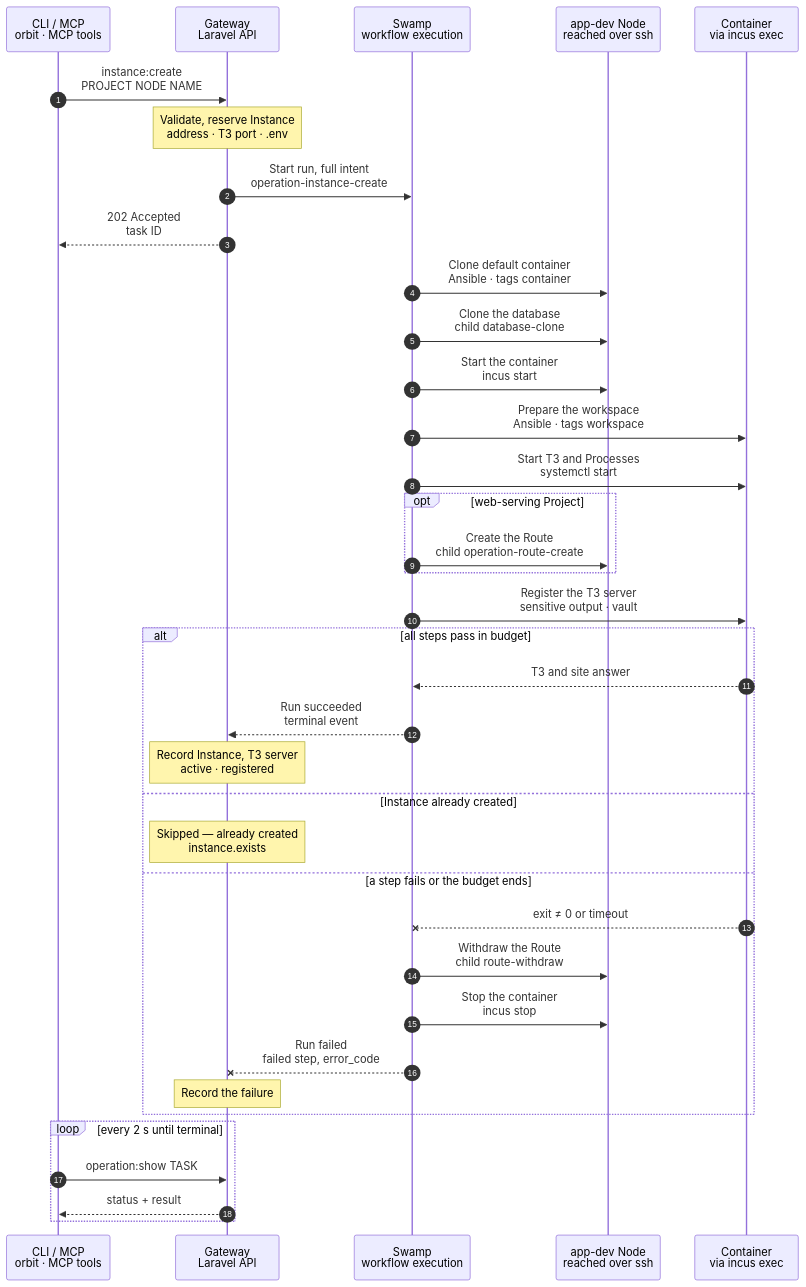
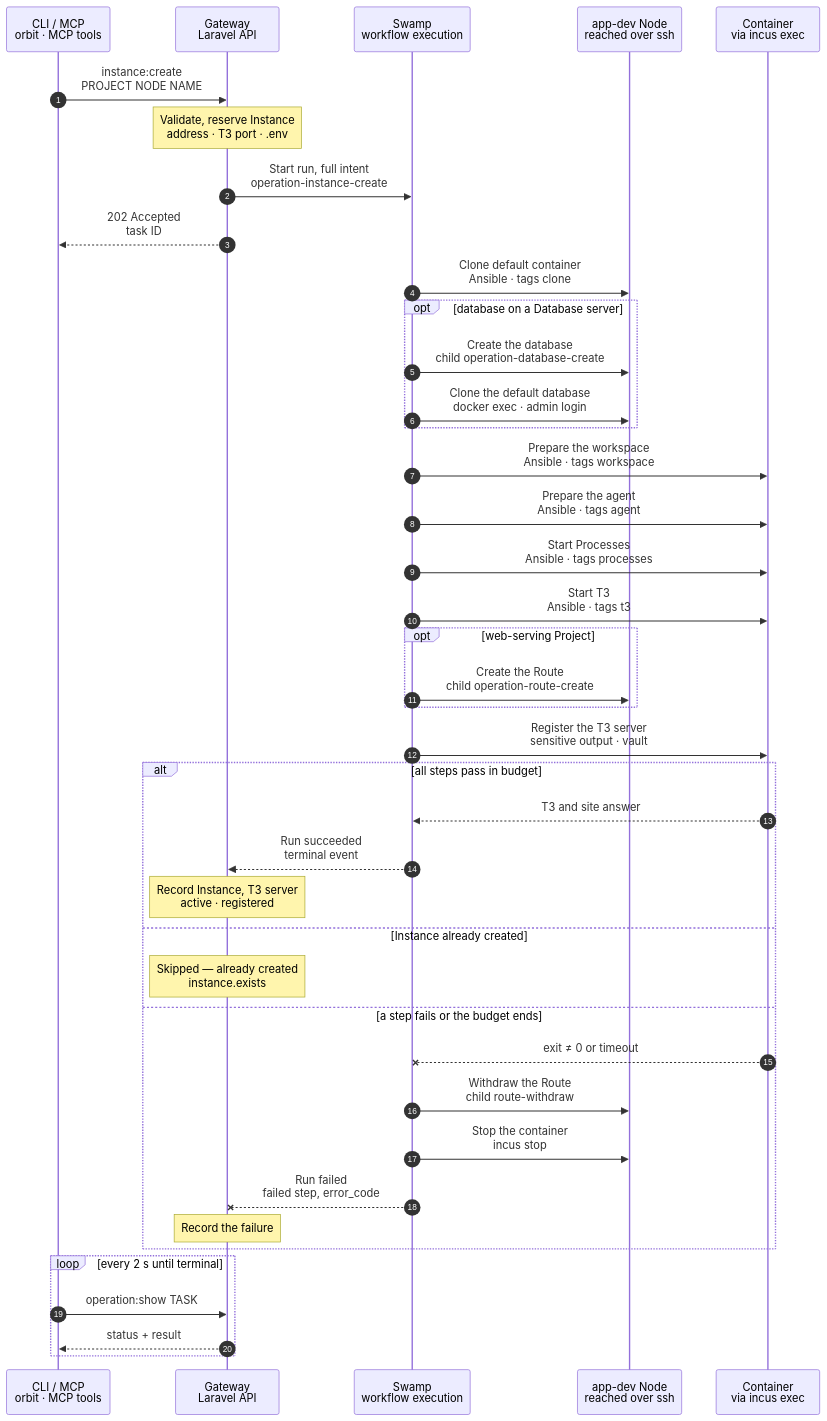
Before and after one commit to hardimpactdev/orbit: the diagram in docs/cli/instance/container/create.mmd, drawn with Mermaid. The commit also changed 2 other files, not shown here.

Commit message:
docs: specify Instance clones of a container default with T3 (PR 5)

```diff
--- a/docs/cli/instance/container/create.mmd
+++ b/docs/cli/instance/container/create.mmd
@@ -1,99 +1,106 @@
 sequenceDiagram
-  %% Target design, container runtime (ADR 0250 step 3, docs/reference/development-containers.md#create): every app-dev Node runs its Instances in containers, and every new Instance is a ZFS clone of the Project's default Instance on the Node, with a clone of its database. The kind and its step names follow docs/cli/instance/create.mmd; the intent carries `runtime: container`. The Project's first default Instance is container/create-default.mmd; when the charts move into place, it becomes the first-default branch of this chart.
+  %% Target design, container runtime (ADR 0250 step 3, docs/reference/development-containers.md#create): every new Instance is a ZFS clone of the Project's default Instance on its Node, with a clone of its database. Built for the Nodes of the build list. The kind and its step names follow docs/cli/instance/create.mmd; the intent's `container.clone` marks a clone. The Project's first default Instance is container/create-default.mmd; when the charts move into place, it becomes the first-default branch of this chart.
   %% status: draft
   %% command: instance:create
   %% kind: instance.create
   autonumber
   %% lane CLI icon=terminal pill=caller tone=gray
   %% lane GW icon=gateway pill=intent tone=blue
   %% lane SW icon=workflow pill=executes tone=green
   %% lane N icon=server pill=target tone=amber
   %% lane C icon=server pill=target tone=purple
   participant CLI as CLI / MCP<br/>orbit · MCP tools
   participant GW as Gateway<br/>Laravel API
   participant SW as Swamp<br/>workflow execution
   participant N as app-dev Node<br/>reached over ssh
   participant C as Container<br/>via incus exec
   CLI->>GW: instance:create<br/>PROJECT NODE NAME
   %%> Command:
   %%> - `orbit instance:create PROJECT NODE NAME`
   %%> - syntax: `<project> <node> <name> [--root=PATH] [--domain=HOST] [--branch=BRANCH] [--database-server=SLUG]`
   Note over GW: Validate, reserve Instance<br/>address · T3 port · .env
   %%> Requirements:
   %%> - the calling Node has node access to the target Node, an active `app-dev` Node
-  %%> - the Project has an active default Instance on the Node, else `instance.default_missing`
-  %%> - no other change runs on the Instance or the default Instance; the Gateway holds the Route's Nodes
+  %%> - the Project's `default` Instance runs in a container on this Node, is active and has a seed snapshot, else `instance.default_missing`
+  %%> - Conn is enabled, and the model router has its guard, else `operation.kind_unavailable`
+  %%> - a database on a Database server clones on the default's server; another server refuses `instance.database_clone_unsupported`
   %%> Result:
-  %%> - the Instance is reserved with its runtime record: container name, bridge address, a free T3 port and its Route
-  %%> - `.env` is rendered from the Project's env template; the placeholder model key and a repository read token go to the vault
-  %%> - the intent names the vault key where the run stores the new Gateway session for this T3 server
-  %%> - a task is recorded with the full intent, `runtime: container`
+  %%> - the Instance is reserved with its runtime record: container name, bridge address, the lowest free T3 port from 3800 and the default as clone source
+  %%> - `.env` is rendered from the Project's env template; it, the placeholder model key and a repository read token go to the vault
+  %%> - a task is recorded with the full intent and `container.clone`
   GW->>SW: Start run, full intent<br/>operation-instance-create
   GW-->>CLI: 202 Accepted<br/>task ID
-  SW->>N: Clone default container<br/>Ansible · tags container
+  SW->>N: Clone default container<br/>Ansible · tags clone
   %%> What it does:
-  %%> - `incus copy` of the default container's newest `seed-<commit>` snapshot, a ZFS clone; a sleeping default needs no start
-  %%> - sets the bridge address with `security.port_isolation`, `limits.cpu`, `limits.memory`, the idmapped mounts of `/opt/orbit-runtime` and `/opt/orbit-agent`, and the T3 proxy device
-  %%> - adds the firewall rules for the T3 port and for the database server's port
+  %%> - `incus copy` of the default container's snapshot `seed-<commit>`, a ZFS clone; a stopped default needs no start
+  %%> - the copy gets its own bridge address and ACL, and the proxy device `t3`: NAT from the Node's WireGuard address and the T3 port to T3's port 3773
+  %%> - the container's ACL lets the Node's Caddy reach port 8080, WireGuard peers reach port 3773, and the container reach its database server's port
+  %%> - UFW: a route rule admits WireGuard peers to T3, below a deny for the task VM range; a rule admits the container to its database server's port
+  %%> - starts the copy: nftables, `hidepid` and the image's units start; T3 does not, because `/etc/orbit/instance` does not exist yet
   %%> Branch:
-  %%> - fetches the Instance's branch on the Node with the read token, or creates it at the seed commit; the token stays on the Node
-  SW->>N: Clone the database<br/>child database-clone
-  %%> What it does, through the database family:
-  %%> - creates the Instance's owner, then clones the default database
-  %%> - on the default's server, or the one `--database-server` names
-  %%> - PostgreSQL on the same server: `CREATE DATABASE … TEMPLATE`, after a moment without connections to the default database; a cleanup that always runs allows them again
-  %%> - another server: one `pg_dump` snapshot, restored with `pg_restore --single-transaction`; MySQL is a dump and restore
-  %%> Runs beside the step before it: Swamp starts both at once.
-  SW->>N: Start the container<br/>incus start
-  %%> What it does:
-  %%> - nftables, `hidepid` and the image's units start; T3 does not, because `/etc/orbit/instance` does not exist yet
+  %%> - fetches the Instance's branch into the Node's mirror with the read token, or creates it at the seed commit; the token stays on the Node
+  opt database on a Database server
+    SW->>N: Create the database<br/>child operation-database-create
+    %%> What it does, through the database family:
+    %%> - creates the Instance's owner and an empty database on the default's server
+    SW->>N: Clone the default database<br/>docker exec · admin login
+    %%> What it does:
+    %%> - PostgreSQL: refuses new connections to the default database and ends its sessions, then `CREATE DATABASE … TEMPLATE`, and gives the clone's objects to the new owner
+    %%> - a cleanup that always runs allows connections to the default database again
+    %%> - MySQL: a dump of the default database restored into the new one
+    %%> Runs beside the clone step: Swamp starts both at once.
+  end
   SW->>C: Prepare the workspace<br/>Ansible · tags workspace
   %%> What it does:
-  %%> - pushes the branch in and checks it out in `/srv/workspace`; the group, setgid bits and default ACLs come with the clone
+  %%> - pushes the branch in as a bundle and checks it out in `/srv/workspace`; the group, setgid bits and default ACLs come with the clone
   %%> - writes `.env` for `orbit` with group `work`; it keeps the default's `APP_KEY`, because the cloned data is encrypted with it
-  %%> - writes the placeholder key, Claude Code and Codex settings for `agent`
+  %%> No setup steps:
+  %%> - the default Instance installed the dependencies and migrated; a later lockfile change is installed in the workspace
+  SW->>C: Prepare the agent<br/>Ansible · tags agent
+  %%> What it does:
+  %%> - writes the placeholder key for `agent`, and the Claude Code and Codex settings that point at the model forwarder
   %%> - links `~/.claude/CLAUDE.md` and `~/.codex/AGENTS.md` of `agent` to the note of the Project type
   %%> - writes `/etc/orbit/instance`, owned by root and readable by all
-  %%> No setup steps:
-  %%> - the default Instance installed the dependencies and migrated; a later lockfile change is installed in the workspace
-  SW->>C: Start T3 and Processes<br/>systemctl start
+  SW->>C: Start Processes<br/>Ansible · tags processes
+  %%> What it does:
+  %%> - rewrites FrankenPHP's unit for the clone's own bridge address and restarts it as `orbit`
+  SW->>C: Start T3<br/>Ansible · tags t3
   %%> What it does:
   %%> - T3 starts for the first time and creates its identity; the T3 project `/srv/workspace` is added as `agent`
-  %%> - the Processes start as `orbit` units, FrankenPHP among them
   %%> Check:
-  %%> - waits up to 30 s for `/.well-known/t3/environment` and the units, else `instance.t3_unready`
+  %%> - waits up to 30 s for `/.well-known/t3/environment`, else `instance.t3_unready`
   opt web-serving Project
     SW->>N: Create the Route<br/>child operation-route-create
     %%> What it adds:
     %%> - the same steps as `route:create`, with its key and signature, then a TLS probe of the site
     %%> - the Node's Caddy proxies the Route to FrankenPHP at the container's bridge address
   end
   SW->>C: Register the T3 server<br/>sensitive output · vault
   %%> What it does:
-  %%> - see container/t3-register.mmd: the session goes to the vault, and the step checks the environment id and scopes
+  %%> - see container/t3-register.mmd: the sessions go to the vault, and the step checks the environment id and scopes
   alt all steps pass in budget
     C-->>SW: T3 and site answer
     SW-->>GW: Run succeeded<br/>terminal event
     Note over GW: Record Instance, T3 server<br/>active · registered
     %%> Result:
     %%> - the Instance, its runtime and its Route become active; the runtime records the default Instance it came from
     %%> - the Conn layer records the T3 server from the result; its Node is the container's Node and it names the Instance
   else Instance already created
     Note over GW: Skipped — already created<br/>instance.exists
   else a step fails or the budget ends
     C--xSW: exit ≠ 0 or timeout
     SW->>N: Withdraw the Route<br/>child route-withdraw
     %%> When:
     %%> - only when the run published it
     SW->>N: Stop the container<br/>incus stop
     %%> What stays:
     %%> - the stopped container, its database and its runtime record, marked failed; `instance:destroy` removes them
     SW--xGW: Run failed<br/>failed step, error_code
     Note over GW: Record the failure
     %%> Retry:
     %%> - run the same command again; it resumes on the same container and database
   end
   loop every 2 s until terminal
     CLI->>GW: operation:show TASK
     GW-->>CLI: status + result
   end
```
